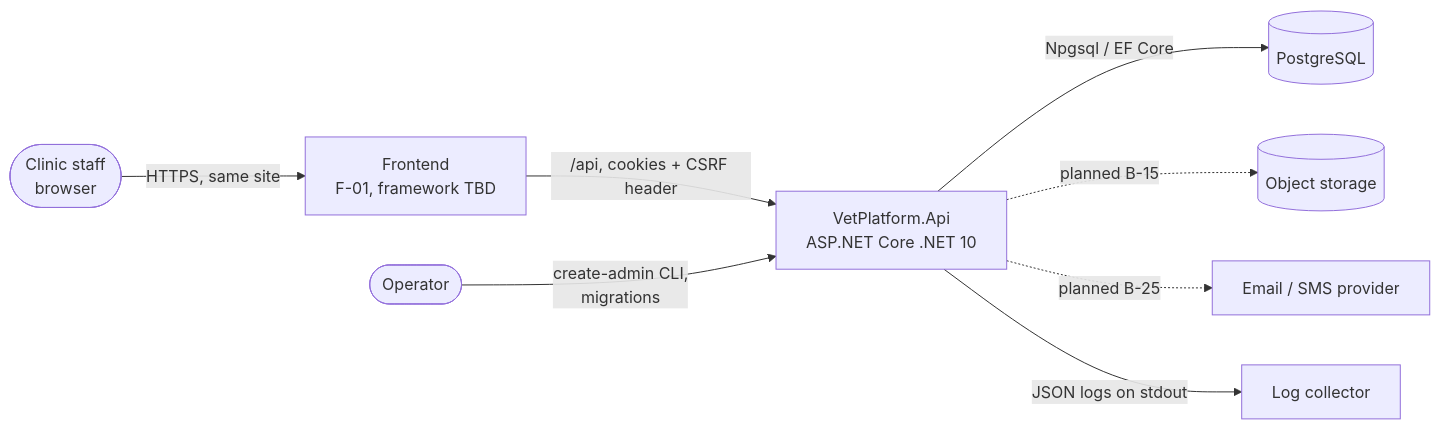
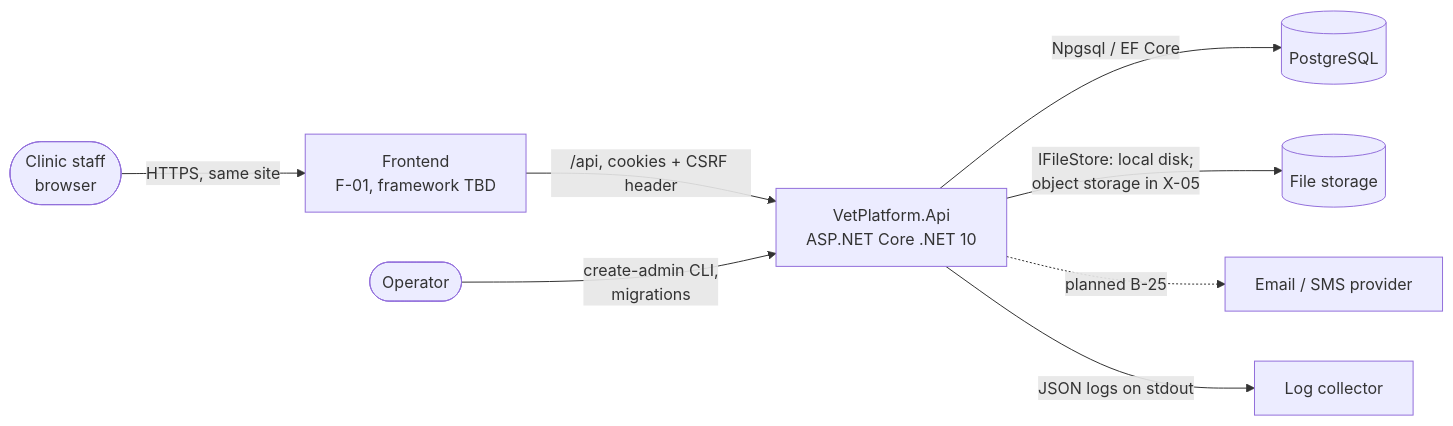
The first of 3 diagrams in docs/SDD.md (TiempoAllen/vet-platform), drawn with Mermaid before and after one commit. The commit also changed other lines of this file and 32 other files, not shown here.

````diff
--- a/docs/SDD.md
+++ b/docs/SDD.md
@@ -15,10 +15,10 @@
 ```mermaid
 flowchart LR
   staff([Clinic staff<br/>browser]) -->|HTTPS, same site| web[Frontend<br/>F-01, framework TBD]
   web -->|/api, cookies + CSRF header| api[VetPlatform.Api<br/>ASP.NET Core .NET 10]
   op([Operator]) -->|create-admin CLI,<br/>migrations| api
   api -->|Npgsql / EF Core| db[(PostgreSQL)]
-  api -.->|planned B-15| files[(Object storage)]
+  api -->|IFileStore: local disk;<br/>object storage in X-05| files[(File storage)]
   api -.->|planned B-25| notify[Email / SMS provider]
   api -->|JSON logs on stdout| logs[Log collector]
 ```
````
